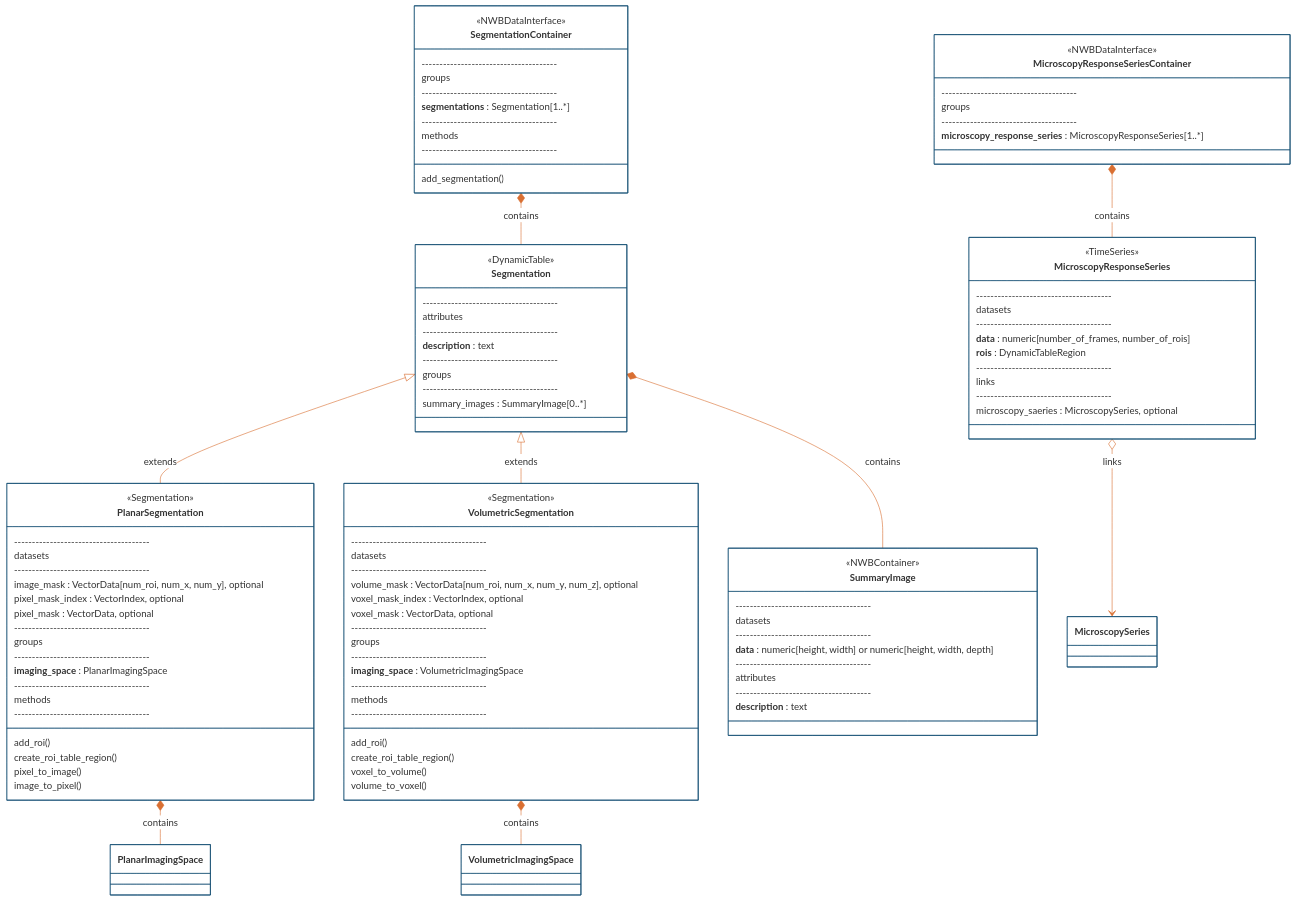
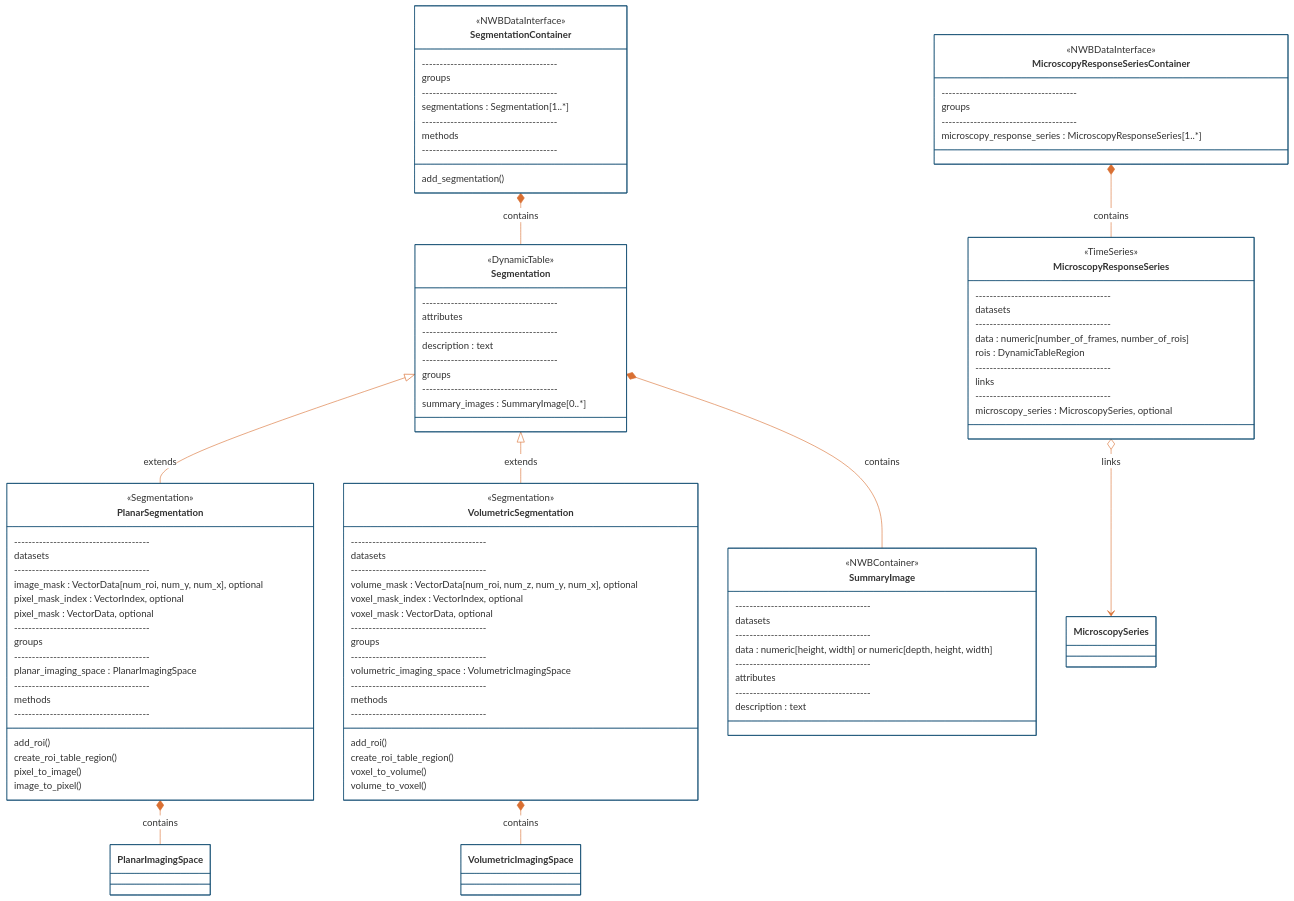
Before and after one commit to catalystneuro/ndx-microscopy: the fourth of 4 diagrams in README.md, drawn with Mermaid. The commit also changed other lines of this file and 36 other files, not shown here.

```diff
--- a/README.md
+++ b/README.md
@@ -430,7 +479,7 @@
         --------------------------------------
         attributes
         --------------------------------------
-        **description** : text
+        description : text
         --------------------------------------
         groups
         --------------------------------------
@@ -442,13 +491,13 @@
         --------------------------------------
         datasets
         --------------------------------------
-        image_mask : VectorData[num_roi, num_x, num_y], optional
+        image_mask : VectorData[num_roi, num_y, num_x], optional
         pixel_mask_index : VectorIndex, optional
         pixel_mask : VectorData, optional
         --------------------------------------
         groups
         --------------------------------------
-        **imaging_space** : PlanarImagingSpace
+        planar_imaging_space : PlanarImagingSpace
         --------------------------------------
         methods
         --------------------------------------
@@ -463,13 +512,13 @@
         --------------------------------------
         datasets
         --------------------------------------
-        volume_mask : VectorData[num_roi, num_x, num_y, num_z], optional
+        volume_mask : VectorData[num_roi, num_z, num_y, num_x], optional
         voxel_mask_index : VectorIndex, optional
         voxel_mask : VectorData, optional
         --------------------------------------
         groups
         --------------------------------------
-        **imaging_space** : VolumetricImagingSpace
+        volumetric_imaging_space : VolumetricImagingSpace
         --------------------------------------
         methods
         --------------------------------------
@@ -484,11 +533,11 @@
         --------------------------------------
         datasets
         --------------------------------------
-        **data** : numeric[height, width] or numeric[height, width, depth]
+        data : numeric[height, width] or numeric[depth, height, width]
         --------------------------------------
         attributes
         --------------------------------------
-        **description** : text
+        description : text
     }
 
     class SegmentationContainer {
@@ -496,7 +545,7 @@
         --------------------------------------
         groups
         --------------------------------------
-        **segmentations** : Segmentation[1..*]
+        segmentations : Segmentation[1..*]
         --------------------------------------
         methods
         --------------------------------------
@@ -508,12 +557,12 @@
         --------------------------------------
         datasets
         --------------------------------------
-        **data** : numeric[number_of_frames, number_of_rois]
-        **rois** : DynamicTableRegion
+        data : numeric[number_of_frames, number_of_rois]
+        rois : DynamicTableRegion
         --------------------------------------
         links
         --------------------------------------
-        microscopy_saeries : MicroscopySeries, optional
+        microscopy_series : MicroscopySeries, optional
     }
 
     class MicroscopyResponseSeriesContainer {
@@ -521,7 +570,7 @@
         --------------------------------------
         groups
         --------------------------------------
-        **microscopy_response_series** : MicroscopyResponseSeries[1..*]
+        microscopy_response_series : MicroscopyResponseSeries[1..*]
     }
 
     Segmentation <|-- PlanarSegmentation : extends
```
